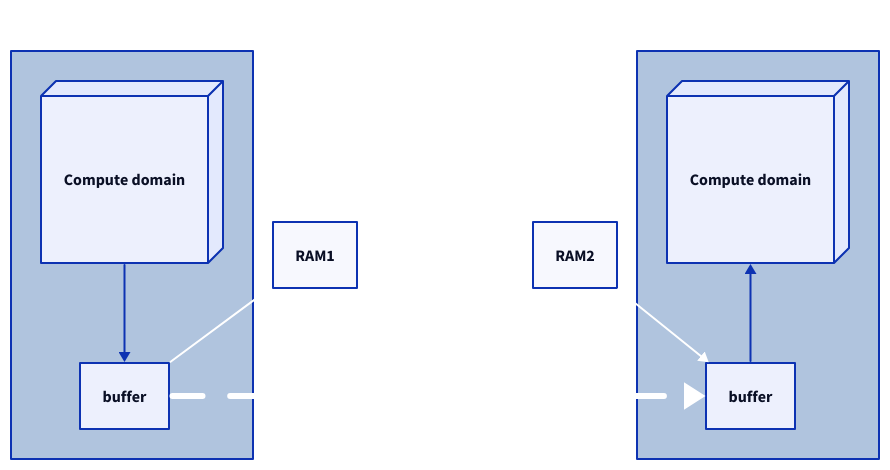
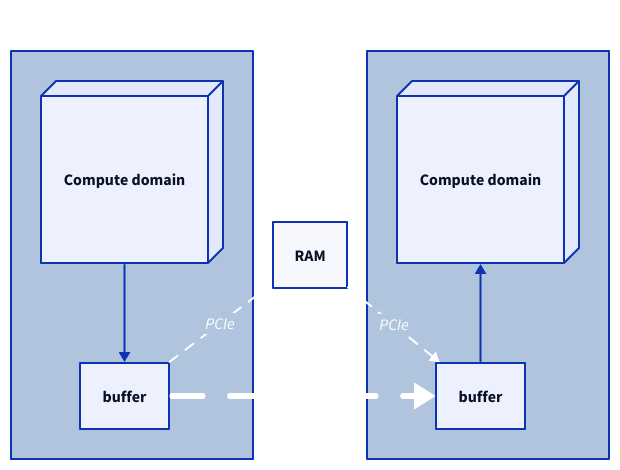
Before and after one commit to marshallward/nrl2026: the diagram in d2/fms_mpi.d2, drawn with D2. The commit also changed 5 other files, not shown here.

Commit message:
Figure updates

```diff
--- a/d2/fms_mpi.d2
+++ b/d2/fms_mpi.d2
@@ -1,58 +1,63 @@
 style.fill: transparent
 direction: right
 
 GPU1 {
     near: center-left
     style.font-color: white
     style.fill: lightsteelblue
     compute {
         label: Compute domain
         style.3d: true
         shape: square
     }
     compute -> buffer
 }
 
 
-RAM1 {
-}
+# RAM1 {
+# }
+# 
+# RAM2 {
+# }
 
-RAM2 {
+RAM {
 }
 
 GPU2 {
     near: center-right
     style.font-color: white
     style.fill: lightsteelblue
     direction: up
 
     compute {
         label: Compute domain
         style.3d: true
         shape: square
     }
     buffer -> compute
 }
 
 GPU1.buffer -> GPU2.buffer: NVLink {
     style.stroke: white
     style.stroke-width: 6
     style.font-color: white
     style.animated: true
 }
 
-GPU1.buffer -> RAM1 {
-    style.stroke: white
-    style.font-color: white
-}
-
-RAM1 -> RAM2: Infiniband {
+GPU1.buffer -> RAM: PCIe {
     style.stroke: white
     style.font-color: white
     style.animated: true
 }
 
-RAM2 -> GPU2.buffer {
+# RAM1 -> RAM2: PCIe {
+#     style.stroke: white
+#     style.font-color: white
+#     style.animated: true
+# }
+
+RAM-> GPU2.buffer: PCIe {
     style.stroke: white
     style.font-color: white
+    style.animated: true
 }
```
